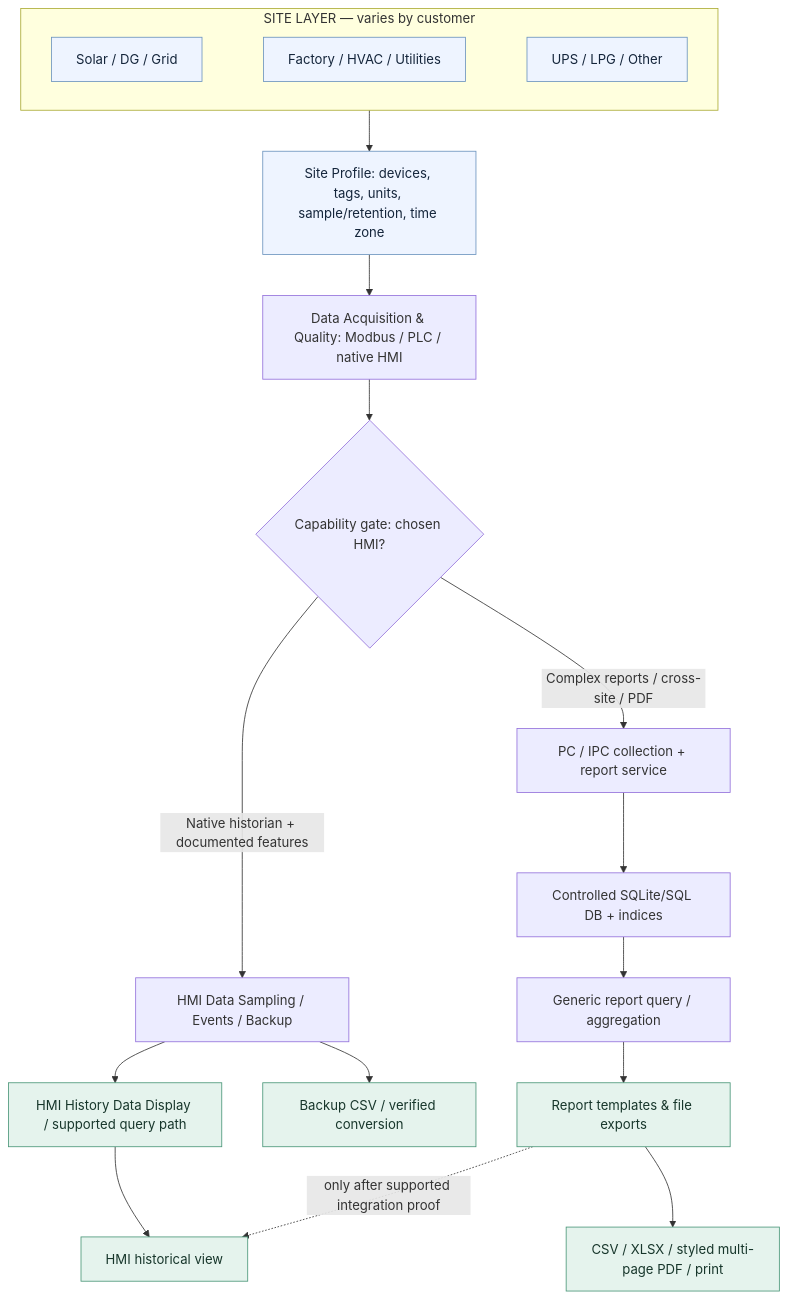
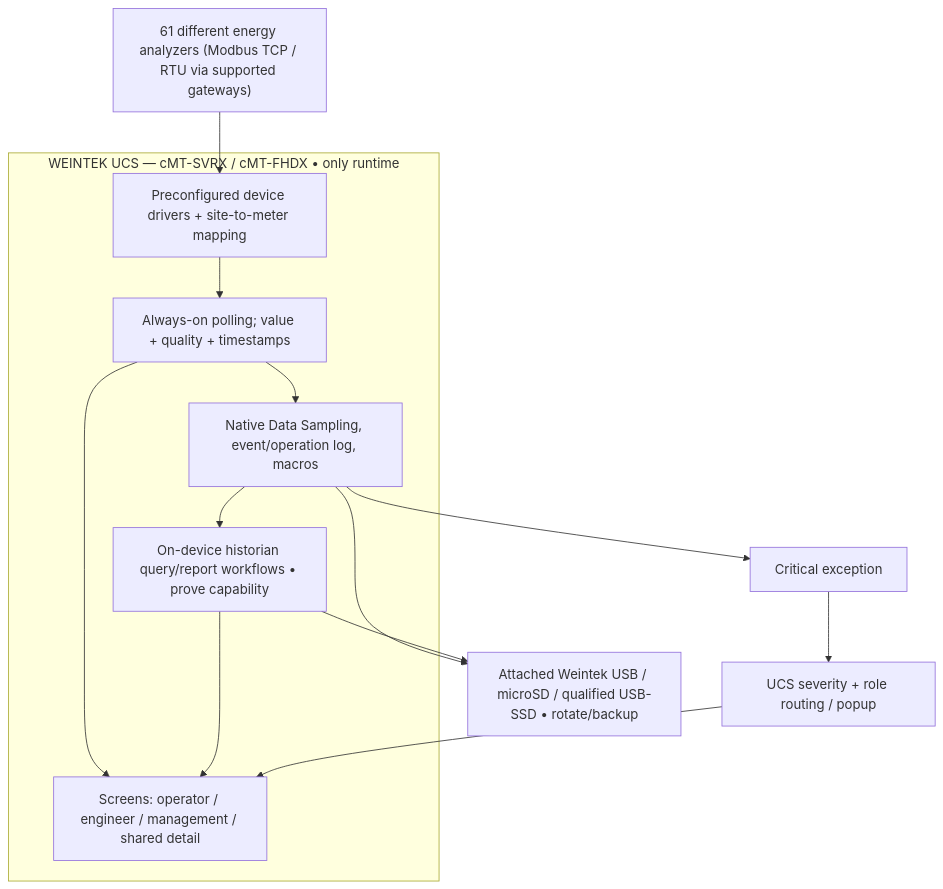
One commit to raohassandev/Weintek-Macro-Javascript-based-reporting changed the first of 5 diagrams in docs/VISUAL_PLAN.md. Above: the diagram before and after it, drawn with Mermaid. The commit also changed other lines of this file and 27 other files, not shown here.

Commit message:
feat: Weintek-only UCS architecture, role homes and HTML/demo research (#26)

````diff
--- a/docs/VISUAL_PLAN.md
+++ b/docs/VISUAL_PLAN.md
@@ -5,23 +5,22 @@
 ```mermaid
 flowchart TB
-    subgraph SITE["SITE LAYER — varies by customer"]
-      A["Solar / DG / Grid"] ~~~ B["Factory / HVAC / Utilities"] ~~~ C["UPS / LPG / Other"]
+    M["61 different energy analyzers (Modbus TCP / RTU via supported gateways)"]
+    subgraph HMI["WEINTEK UCS — cMT-SVRX / cMT-FHDX • only runtime"]
+       DRIVER["Preconfigured device drivers + site-to-meter mapping"]
+       ACQ["Always-on polling; value + quality + timestamps"]
+       HIST["Native Data Sampling, event/operation log, macros"]
+       VIEW["Screens: operator / engineer / management / shared detail"]
+       REPORT["On-device historian query/report workflows • prove capability"]
+       DRIVER --> ACQ
+       ACQ --> HIST
+       ACQ --> VIEW
+       HIST --> REPORT
+       REPORT --> VIEW
     end
-    SITE --> CONFIG["Site Profile: devices, tags, units, sample/retention, time zone"]
-    CONFIG --> ACQ["Data Acquisition & Quality: Modbus / PLC / native HMI"]
-    ACQ --> D{Capability gate: chosen HMI?}
-    D -->|"Native historian + documented features"| N["HMI Data Sampling / Events / Backup"]
-    D -->|"Complex reports / cross-site / PDF"| E["PC / IPC collection + report service"]
-    N --> H["HMI History Data Display / supported query path"]
-    N --> CSV["Backup CSV / verified conversion"]
-    E --> DB["Controlled SQLite/SQL DB + indices"]
-    DB --> Q["Generic report query / aggregation"]
-    Q --> OUT["Report templates & file exports"]
-    H --> VIEW["HMI historical view"]
-    OUT --> PDF["CSV / XLSX / styled multi-page PDF / print"]
-    OUT -. "only after supported integration proof" .-> VIEW
-    classDef source fill:#eef4ff,stroke:#6b93be,color:#14253b;
-    classDef report fill:#e5f3ed,stroke:#499678,color:#17362b;
-    class A,B,C,CONFIG source;
-    class H,CSV,VIEW,OUT,PDF report;
+    M --> DRIVER
+    HIST --> MEDIA["Attached Weintek USB / microSD / qualified USB-SSD • rotate/backup"]
+    REPORT --> MEDIA
+    ALARM["Critical exception"] --> ROUTE["UCS severity + role routing / popup"]
+    HIST --> ALARM
+    ROUTE --> VIEW
 ```
````
